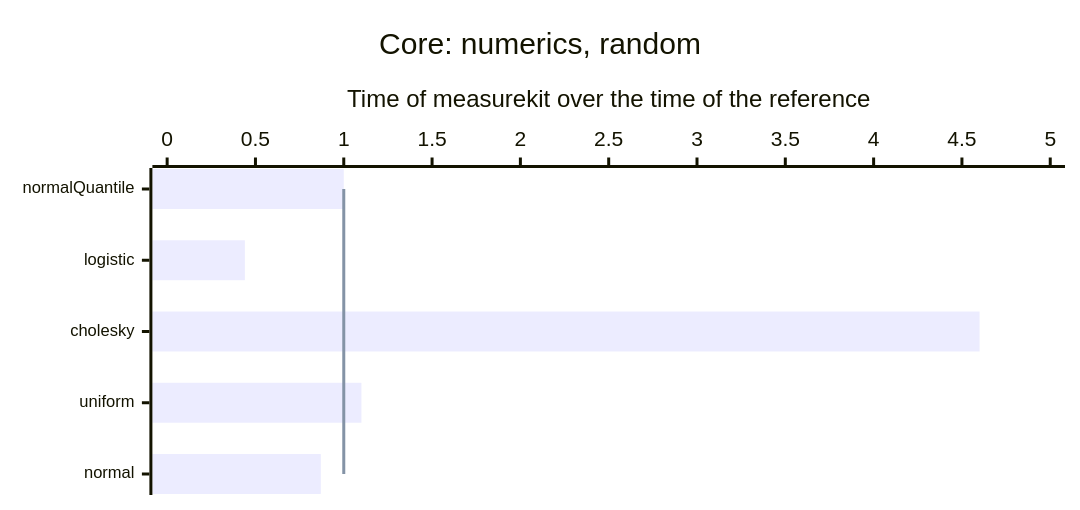
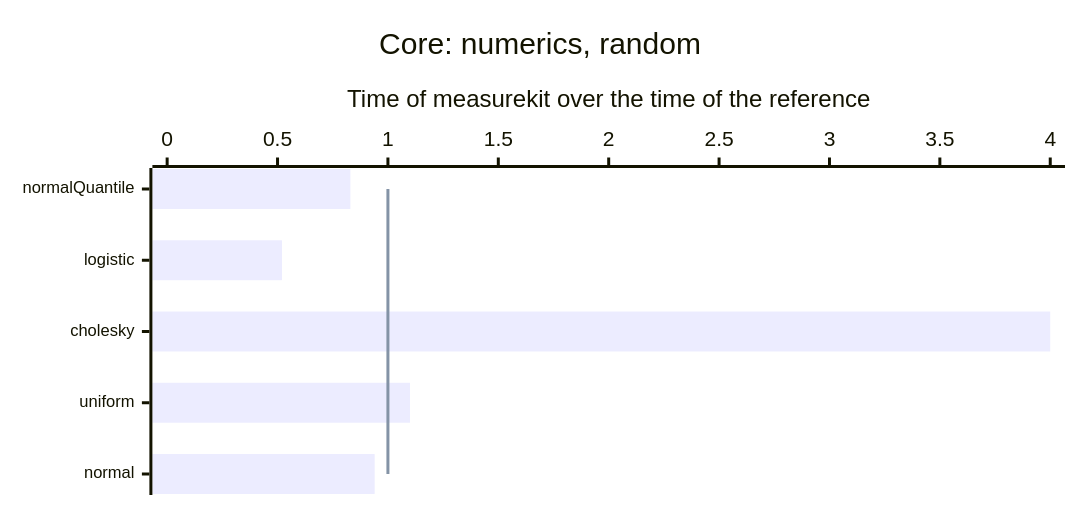
One commit to measurekit/measurekit changed the second of 11 diagrams in docs/performance.md. Above: the diagram before and after it, drawn with Mermaid. The commit also changed other lines of this file and 1 other file, not shown here.

First line of the commit message:
Refresh the benchmark tables and charts, and tighten the budgets of the rows that the EM changes sped up

````diff
--- a/docs/performance.md
+++ b/docs/performance.md
@@ -23,9 +23,9 @@
 ```mermaid
 %%{init: {"xyChart": {"height": 320, "xAxis": {"labelFontSize": 11}}}}%%
 xychart-beta horizontal
   title "Core: numerics, random"
   x-axis ["normalQuantile", "logistic", "cholesky", "uniform", "normal"]
-  y-axis "Time of measurekit over the time of the reference" 0 --> 5
-  bar [1, 0.44, 4.6, 1.1, 0.87]
+  y-axis "Time of measurekit over the time of the reference" 0 --> 4
+  bar [0.83, 0.52, 4, 1.1, 0.94]
   line [1, 1, 1, 1, 1]
 ```
````
